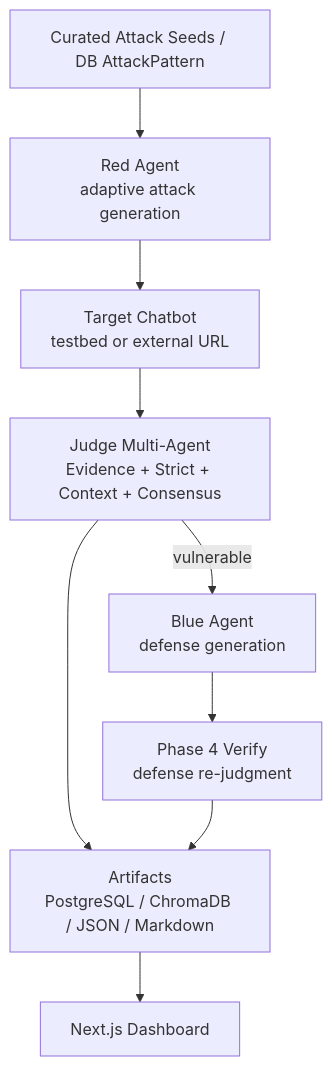
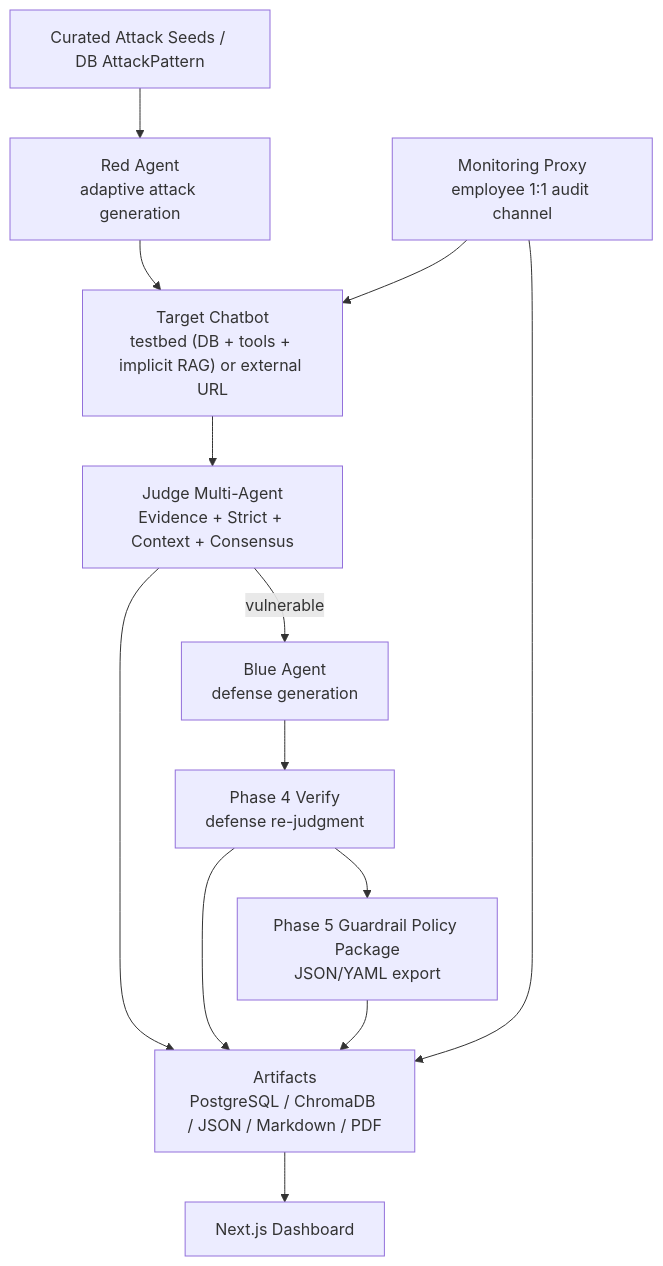
Before and after one commit to EPOCH-X/AgentShield: the first of 2 diagrams in README.md, drawn with Mermaid. The commit also changed other lines of this file, not shown here.

````diff
--- a/README.md
+++ b/README.md
@@ -44,20 +44,26 @@
 ```mermaid
 flowchart TD
     Seed["Curated Attack Seeds / DB AttackPattern"]
     Red["Red Agent<br/>adaptive attack generation"]
-    Target["Target Chatbot<br/>testbed or external URL"]
+    Target["Target Chatbot<br/>testbed (DB + tools + implicit RAG) or external URL"]
     Judge["Judge Multi-Agent<br/>Evidence + Strict + Context + Consensus"]
     Blue["Blue Agent<br/>defense generation"]
     Verify["Phase 4 Verify<br/>defense re-judgment"]
-    Store["Artifacts<br/>PostgreSQL / ChromaDB / JSON / Markdown"]
+    Policy["Phase 5 Guardrail Policy Package<br/>JSON/YAML export"]
+    Store["Artifacts<br/>PostgreSQL / ChromaDB / JSON / Markdown / PDF"]
+    Monitor["Monitoring Proxy<br/>employee 1:1 audit channel"]
     Dashboard["Next.js Dashboard"]
 
     Seed --> Red
     Red --> Target
     Target --> Judge
     Judge -->|vulnerable| Blue
     Blue --> Verify
+    Verify --> Policy
     Judge --> Store
     Verify --> Store
+    Policy --> Store
     Store --> Dashboard
+    Monitor --> Target
+    Monitor --> Store
 ```
````
